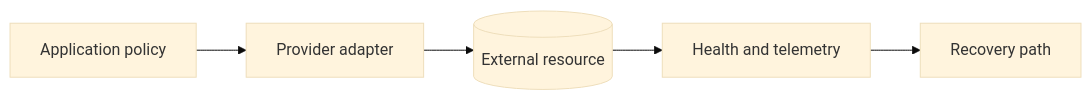
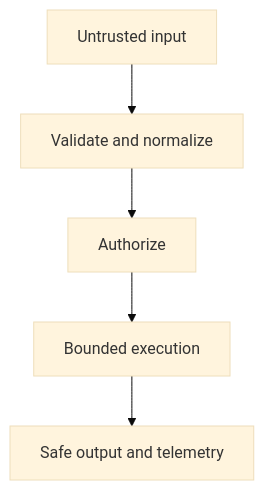
Before and after one commit to jeffersoncampos12p-dev/jeston: the diagram in path/to/docs/platform/security.mdx, drawn with Mermaid (base theme). The commit also changed other lines of this file and 31 other files, not shown here.

````diff
--- a/path/to/docs/platform/security.mdx
+++ b/path/to/docs/platform/security.mdx
@@ -88,7 +51,6 @@
 ```mermaid placement="top-right"
-flowchart LR
-    app[Application policy] --> adapter[Provider adapter]
-    adapter --> resource[(External resource)]
-    resource --> telemetry[Health and telemetry]
-    telemetry --> recovery[Recovery path]
+flowchart TB
+    untrusted[Untrusted input] --> validate[Validate and normalize]
+    validate --> authorize[Authorize] --> execute[Bounded execution]
+    execute --> redact[Safe output and telemetry]
 ```
````
